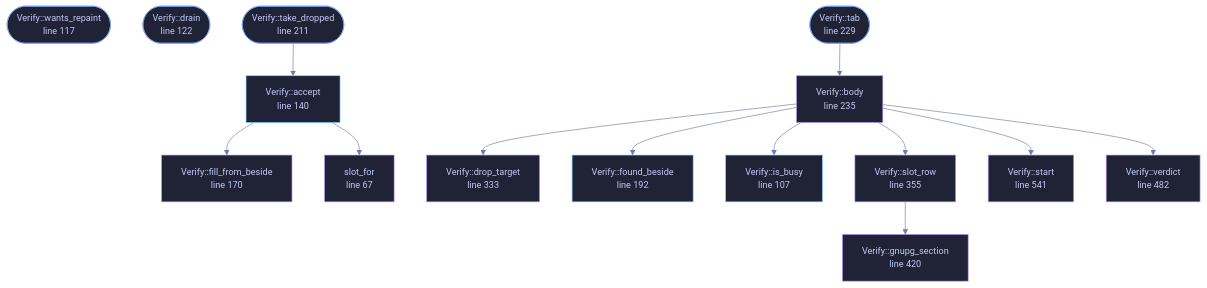
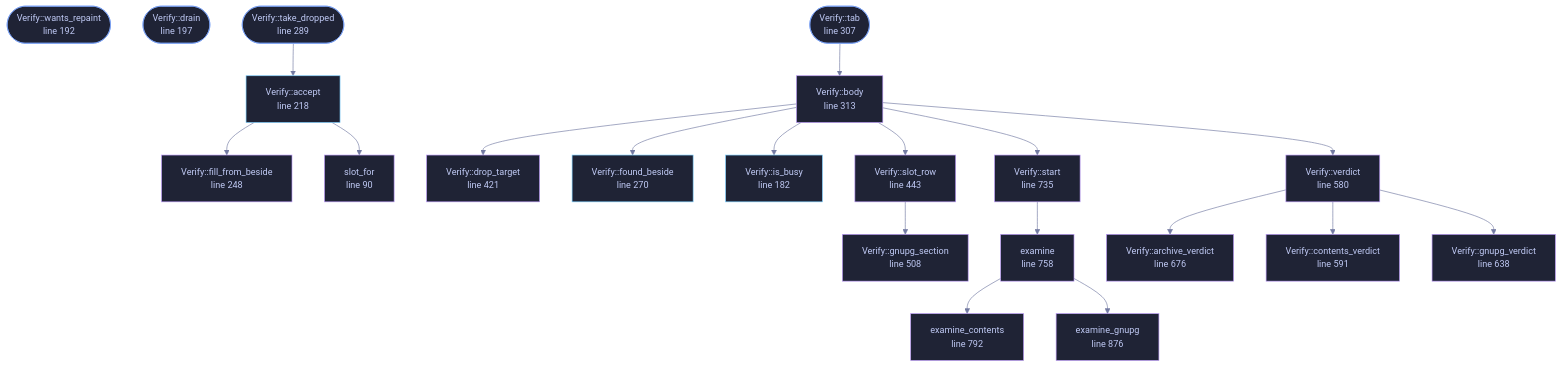
Before and after one commit to tilas01/veilvoice: the diagram in docs/files/veilvoice-gui/verify.md, drawn with Mermaid. The commit also changed other lines of this file and 108 other files, not shown here.

````diff
--- a/docs/files/veilvoice-gui/verify.md
+++ b/docs/files/veilvoice-gui/verify.md
@@ -105,51 +132,69 @@
 ```mermaid
 %%{init: {"theme":"base","themeVariables":{"background":"#1a1b26","primaryColor":"#1f2335","primaryTextColor":"#c0caf5","primaryBorderColor":"#7aa2f7","secondaryColor":"#16161e","tertiaryColor":"#16161e","lineColor":"#737aa2","textColor":"#c0caf5","mainBkg":"#1f2335","nodeBorder":"#7aa2f7","clusterBkg":"#16161e","clusterBorder":"#2f3549","fontFamily":"ui-monospace, SFMono-Regular, Consolas, monospace","fontSize":"14px"}}}%%
 flowchart TD
-    n_slot_for["slot_for<br/>line 67"]
-    n_is_busy["Verify::is_busy<br/>line 107"]
-    n_wants_repaint(["Verify::wants_repaint<br/>line 117"])
-    n_drain(["Verify::drain<br/>line 122"])
-    n_accept["Verify::accept<br/>line 140"]
-    n_fill_from_beside["Verify::fill_from_beside<br/>line 170"]
-    n_found_beside["Verify::found_beside<br/>line 192"]
-    n_take_dropped(["Verify::take_dropped<br/>line 211"])
-    n_tab(["Verify::tab<br/>line 229"])
-    n_body["Verify::body<br/>line 235"]
-    n_drop_target["Verify::drop_target<br/>line 333"]
-    n_slot_row["Verify::slot_row<br/>line 355"]
-    n_gnupg_section["Verify::gnupg_section<br/>line 420"]
-    n_verdict["Verify::verdict<br/>line 482"]
-    n_start["Verify::start<br/>line 541"]
+    n_slot_for["slot_for<br/>line 90"]
+    n_is_busy["Verify::is_busy<br/>line 182"]
+    n_wants_repaint(["Verify::wants_repaint<br/>line 192"])
+    n_drain(["Verify::drain<br/>line 197"])
+    n_accept["Verify::accept<br/>line 218"]
+    n_fill_from_beside["Verify::fill_from_beside<br/>line 248"]
+    n_found_beside["Verify::found_beside<br/>line 270"]
+    n_take_dropped(["Verify::take_dropped<br/>line 289"])
+    n_tab(["Verify::tab<br/>line 307"])
+    n_body["Verify::body<br/>line 313"]
+    n_drop_target["Verify::drop_target<br/>line 421"]
+    n_slot_row["Verify::slot_row<br/>line 443"]
+    n_gnupg_section["Verify::gnupg_section<br/>line 508"]
+    n_verdict["Verify::verdict<br/>line 580"]
+    n_contents_verdict["Verify::contents_verdict<br/>line 591"]
+    n_gnupg_verdict["Verify::gnupg_verdict<br/>line 638"]
+    n_archive_verdict["Verify::archive_verdict<br/>line 676"]
+    n_start["Verify::start<br/>line 735"]
+    n_examine["examine<br/>line 758"]
+    n_examine_contents["examine_contents<br/>line 792"]
+    n_examine_gnupg["examine_gnupg<br/>line 876"]
     n_accept --> n_fill_from_beside
     n_accept --> n_slot_for
     n_body --> n_drop_target
     n_body --> n_found_beside
     n_body --> n_is_busy
     n_body --> n_slot_row
     n_body --> n_start
     n_body --> n_verdict
+    n_examine --> n_examine_contents
+    n_examine --> n_examine_gnupg
     n_slot_row --> n_gnupg_section
+    n_start --> n_examine
     n_tab --> n_body
     n_take_dropped --> n_accept
-    click n_slot_for href "https://github.com/tilas01/veilvoice/blob/main/crates/veilvoice-gui/src/verify.rs#L67" "open the source"
-    click n_is_busy href "https://github.com/tilas01/veilvoice/blob/main/crates/veilvoice-gui/src/verify.rs#L107" "open the source"
-    click n_wants_repaint href "https://github.com/tilas01/veilvoice/blob/main/crates/veilvoice-gui/src/verify.rs#L117" "open the source"
-    click n_drain href "https://github.com/tilas01/veilvoice/blob/main/crates/veilvoice-gui/src/verify.rs#L122" "open the source"
-    click n_accept href "https://github.com/tilas01/veilvoice/blob/main/crates/veilvoice-gui/src/verify.rs#L140" "open the source"
-    click n_fill_from_beside href "https://github.com/tilas01/veilvoice/blob/main/crates/veilvoice-gui/src/verify.rs#L170" "open the source"
-    click n_found_beside href "https://github.com/tilas01/veilvoice/blob/main/crates/veilvoice-gui/src/verify.rs#L192" "open the source"
-    click n_take_dropped href "https://github.com/tilas01/veilvoice/blob/main/crates/veilvoice-gui/src/verify.rs#L211" "open the source"
-    click n_tab href "https://github.com/tilas01/veilvoice/blob/main/crates/veilvoice-gui/src/verify.rs#L229" "open the source"
-    click n_body href "https://github.com/tilas01/veilvoice/blob/main/crates/veilvoice-gui/src/verify.rs#L235" "open the source"
-    click n_drop_target href "https://github.com/tilas01/veilvoice/blob/main/crates/veilvoice-gui/src/verify.rs#L333" "open the source"
-    click n_slot_row href "https://github.com/tilas01/veilvoice/blob/main/crates/veilvoice-gui/src/verify.rs#L355" "open the source"
-    click n_gnupg_section href "https://github.com/tilas01/veilvoice/blob/main/crates/veilvoice-gui/src/verify.rs#L420" "open the source"
-    click n_verdict href "https://github.com/tilas01/veilvoice/blob/main/crates/veilvoice-gui/src/verify.rs#L482" "open the source"
-    click n_start href "https://github.com/tilas01/veilvoice/blob/main/crates/veilvoice-gui/src/verify.rs#L541" "open the source"
+    n_verdict --> n_archive_verdict
+    n_verdict --> n_contents_verdict
+    n_verdict --> n_gnupg_verdict
+    click n_slot_for href "https://github.com/tilas01/veilvoice/blob/main/crates/veilvoice-gui/src/verify.rs#L90" "open the source"
+    click n_is_busy href "https://github.com/tilas01/veilvoice/blob/main/crates/veilvoice-gui/src/verify.rs#L182" "open the source"
+    click n_wants_repaint href "https://github.com/tilas01/veilvoice/blob/main/crates/veilvoice-gui/src/verify.rs#L192" "open the source"
+    click n_drain href "https://github.com/tilas01/veilvoice/blob/main/crates/veilvoice-gui/src/verify.rs#L197" "open the source"
+    click n_accept href "https://github.com/tilas01/veilvoice/blob/main/crates/veilvoice-gui/src/verify.rs#L218" "open the source"
+    click n_fill_from_beside href "https://github.com/tilas01/veilvoice/blob/main/crates/veilvoice-gui/src/verify.rs#L248" "open the source"
+    click n_found_beside href "https://github.com/tilas01/veilvoice/blob/main/crates/veilvoice-gui/src/verify.rs#L270" "open the source"
+    click n_take_dropped href "https://github.com/tilas01/veilvoice/blob/main/crates/veilvoice-gui/src/verify.rs#L289" "open the source"
+    click n_tab href "https://github.com/tilas01/veilvoice/blob/main/crates/veilvoice-gui/src/verify.rs#L307" "open the source"
+    click n_body href "https://github.com/tilas01/veilvoice/blob/main/crates/veilvoice-gui/src/verify.rs#L313" "open the source"
+    click n_drop_target href "https://github.com/tilas01/veilvoice/blob/main/crates/veilvoice-gui/src/verify.rs#L421" "open the source"
+    click n_slot_row href "https://github.com/tilas01/veilvoice/blob/main/crates/veilvoice-gui/src/verify.rs#L443" "open the source"
+    click n_gnupg_section href "https://github.com/tilas01/veilvoice/blob/main/crates/veilvoice-gui/src/verify.rs#L508" "open the source"
+    click n_verdict href "https://github.com/tilas01/veilvoice/blob/main/crates/veilvoice-gui/src/verify.rs#L580" "open the source"
+    click n_contents_verdict href "https://github.com/tilas01/veilvoice/blob/main/crates/veilvoice-gui/src/verify.rs#L591" "open the source"
+    click n_gnupg_verdict href "https://github.com/tilas01/veilvoice/blob/main/crates/veilvoice-gui/src/verify.rs#L638" "open the source"
+    click n_archive_verdict href "https://github.com/tilas01/veilvoice/blob/main/crates/veilvoice-gui/src/verify.rs#L676" "open the source"
+    click n_start href "https://github.com/tilas01/veilvoice/blob/main/crates/veilvoice-gui/src/verify.rs#L735" "open the source"
+    click n_examine href "https://github.com/tilas01/veilvoice/blob/main/crates/veilvoice-gui/src/verify.rs#L758" "open the source"
+    click n_examine_contents href "https://github.com/tilas01/veilvoice/blob/main/crates/veilvoice-gui/src/verify.rs#L792" "open the source"
+    click n_examine_gnupg href "https://github.com/tilas01/veilvoice/blob/main/crates/veilvoice-gui/src/verify.rs#L876" "open the source"
     classDef entry fill:#1f2335,stroke:#7aa2f7,color:#c0caf5
     class n_wants_repaint,n_drain,n_take_dropped,n_tab entry
     classDef api fill:#1f2335,stroke:#7dcfff,color:#c0caf5
     class n_is_busy,n_accept,n_found_beside api
     classDef helper fill:#1f2335,stroke:#bb9af7,color:#c0caf5
-    class n_slot_for,n_fill_from_beside,n_body,n_drop_target,n_slot_row,n_gnupg_section,n_verdict,n_start helper
+    class n_slot_for,n_fill_from_beside,n_body,n_drop_target,n_slot_row,n_gnupg_section,n_verdict,n_contents_verdict,n_gnupg_verdict,n_archive_verdict,n_start,n_examine,n_examine_contents,n_examine_gnupg helper
 ```
````
